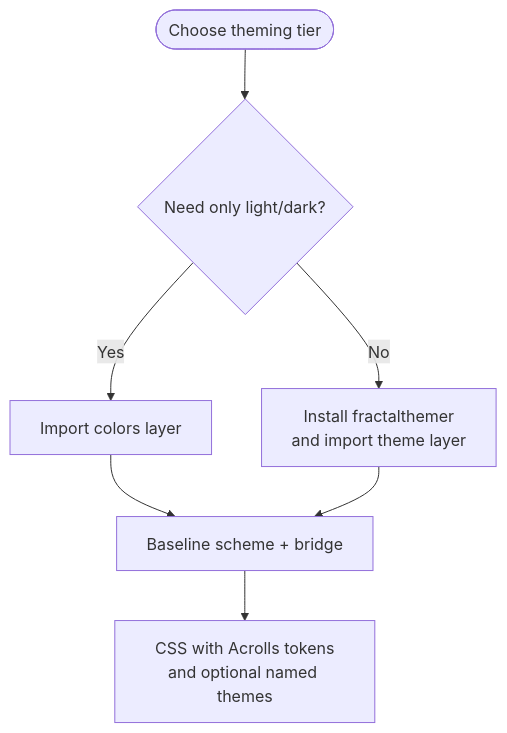
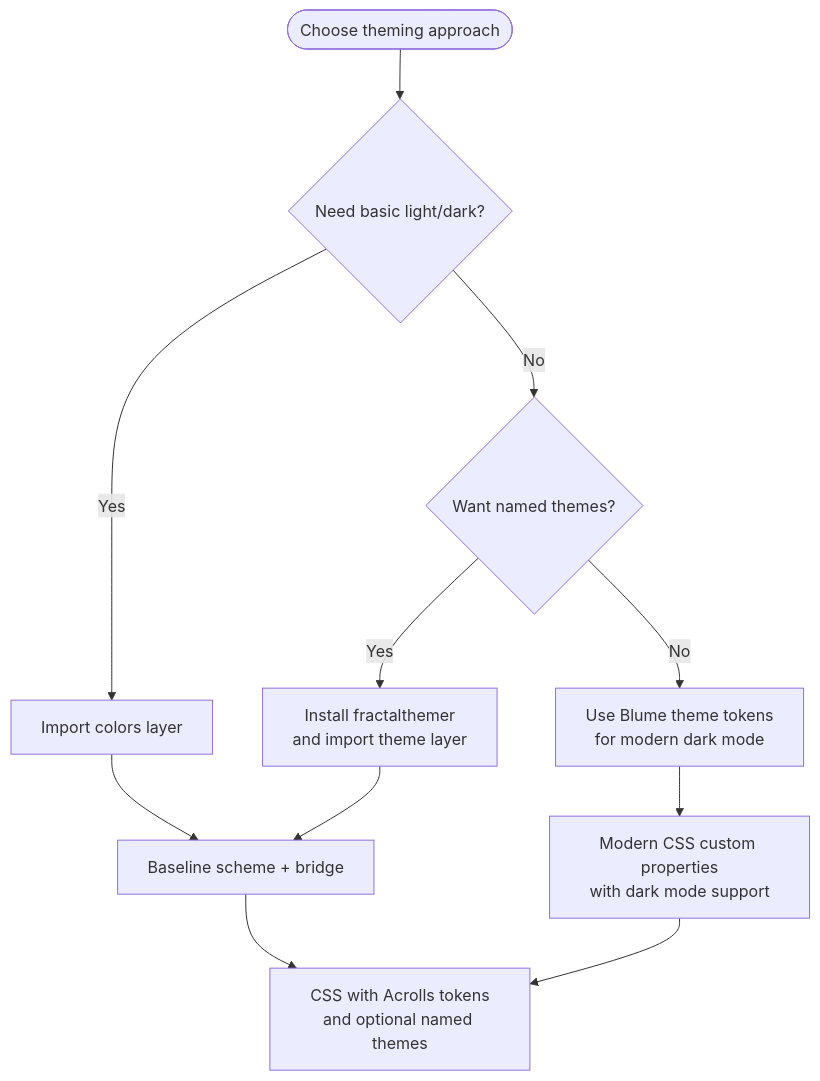
Before and after one commit to fractalmandala/acrolls: the third of 4 diagrams in .qoder/repowiki/en/content/Capability Inventory_ What Is Already Built/Article Components & Styling System — Implemented.md, drawn with Mermaid. The commit also changed other lines of this file and 77 other files, not shown here.

````diff
--- a/.qoder/repowiki/en/content/Capability Inventory_ What Is Already Built/Article Components & Styling System — Implemented.md
+++ b/.qoder/repowiki/en/content/Capability Inventory_ What Is Already Built/Article Components & Styling System — Implemented.md
@@ -269,9 +335,13 @@
 ```mermaid
 flowchart TD
-Start(["Choose theming tier"]) --> Lean{"Need only light/dark?"}
+Start(["Choose theming approach"]) --> Lean{"Need basic light/dark?"}
 Lean --> |Yes| Colors["Import colors layer"]
-Lean --> |No| Theme["Install fractalthemer<br/>and import theme layer"]
+Lean --> |No| Fractal{"Want named themes?"}
+Fractal --> |Yes| Theme["Install fractalthemer<br/>and import theme layer"]
+Fractal --> |No| Blume["Use Blume theme tokens<br/>for modern dark mode"]
 Colors --> Base["Baseline scheme + bridge"]
 Theme --> Base
+Blume --> Modern["Modern CSS custom properties<br/>with dark mode support"]
 Base --> Output["CSS with Acrolls tokens<br/>and optional named themes"]
+Modern --> Output
 ```
````
